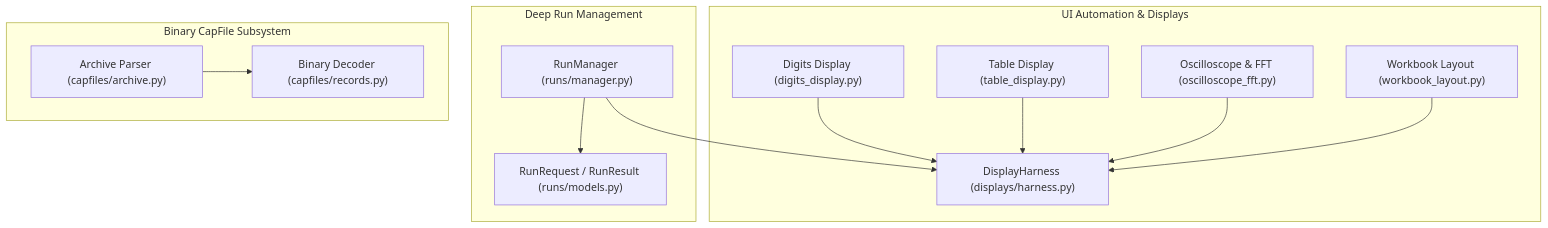
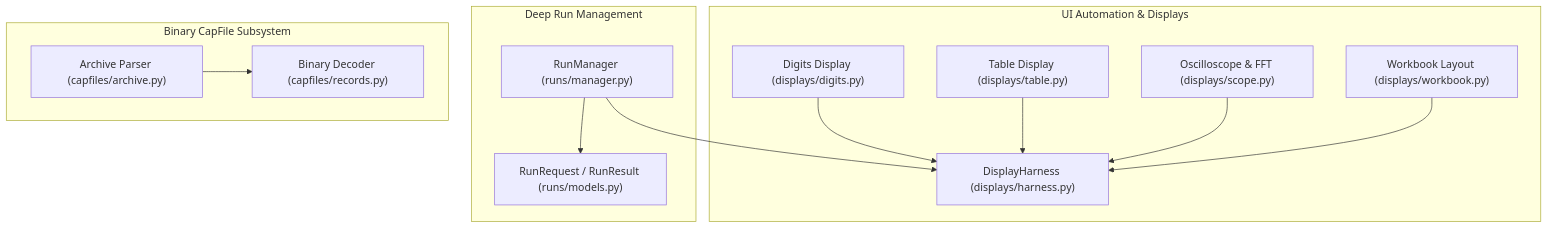
The fourth of 7 diagrams in docs/architecture.md (ji5zi5/capstone-mcp), drawn with Mermaid before and after one commit. The commit also changed other lines of this file and 25 other files, not shown here.

````diff
--- a/docs/architecture.md
+++ b/docs/architecture.md
@@ -109,27 +109,27 @@
 ```mermaid
 flowchart TD
     subgraph UIAutomation ["UI Automation & Displays"]
         Harness["DisplayHarness (displays/harness.py)"]
-        Digits["Digits Display (digits_display.py)"]
-        Table["Table Display (table_display.py)"]
-        Scope["Oscilloscope & FFT (oscilloscope_fft.py)"]
-        Workbook["Workbook Layout (workbook_layout.py)"]
+        Digits["Digits Display (displays/digits.py)"]
+        Table["Table Display (displays/table.py)"]
+        Scope["Oscilloscope & FFT (displays/scope.py)"]
+        Workbook["Workbook Layout (displays/workbook.py)"]
         Digits --> Harness
         Table --> Harness
         Scope --> Harness
         Workbook --> Harness
     end
 
     subgraph RunManagement ["Deep Run Management"]
         RunMgr["RunManager (runs/manager.py)"]
         RunModels["RunRequest / RunResult (runs/models.py)"]
         RunMgr --> RunModels
         RunMgr --> Harness
     end
 
     subgraph BinaryDecoder ["Binary CapFile Subsystem"]
         Archive["Archive Parser (capfiles/archive.py)"]
         Records["Binary Decoder (capfiles/records.py)"]
         Archive --> Records
     end
 ```
````
